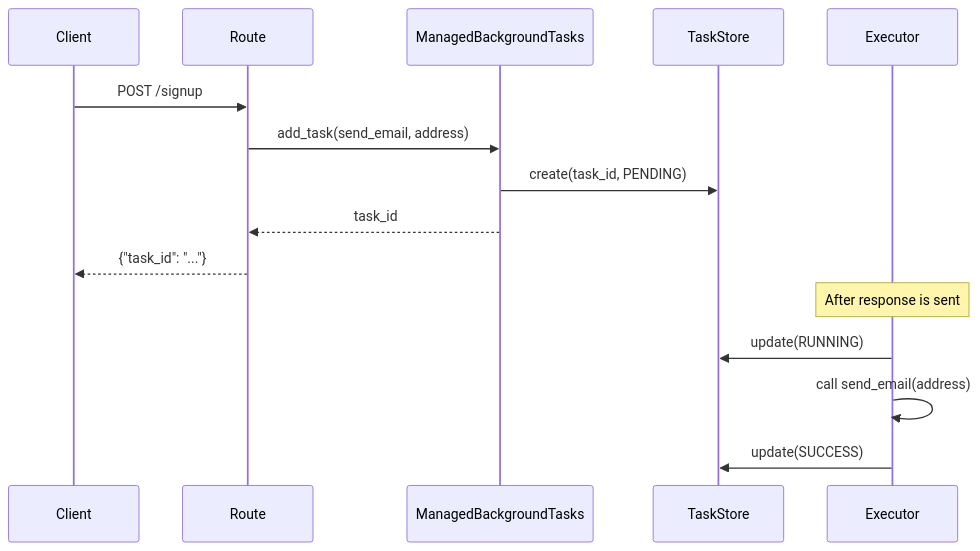
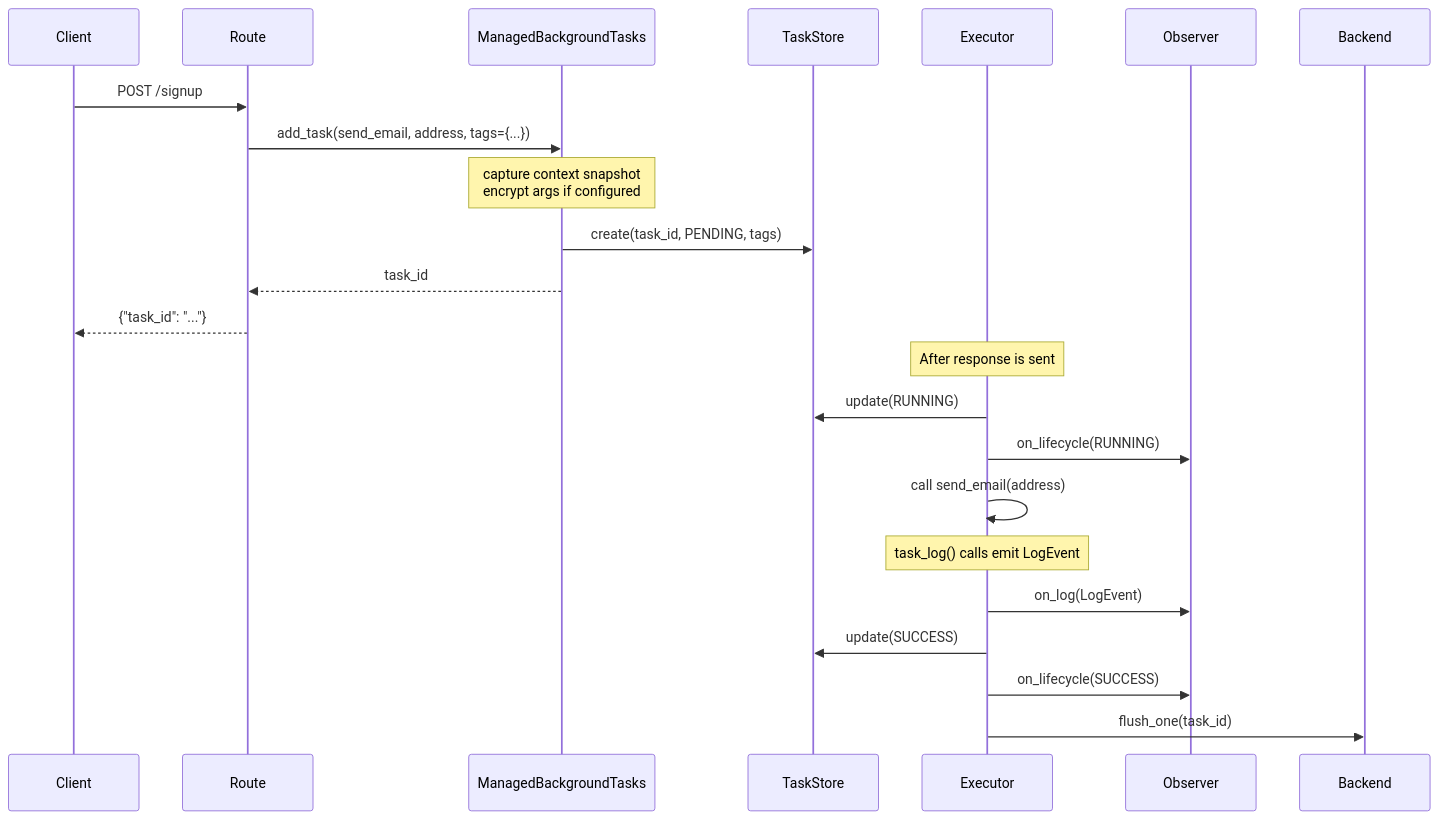
One commit to Attakay78/fastapi-taskflow changed the diagram in docs/getting-started/quickstart.md. Above: the diagram before and after it, drawn with Mermaid. The commit also changed 52 other files, not shown here.

First line of the commit message:
feat: release v0.5.0 - concurrency controls, pluggable observability, task context, tags, and argument encryption

````diff
--- a/docs/getting-started/quickstart.md
+++ b/docs/getting-started/quickstart.md
@@ -73,19 +73,27 @@
 ```mermaid
 sequenceDiagram
     participant Client
     participant Route
     participant ManagedBackgroundTasks
     participant TaskStore
     participant Executor
+    participant Observer
+    participant Backend
 
     Client->>Route: POST /signup
-    Route->>ManagedBackgroundTasks: add_task(send_email, address)
-    ManagedBackgroundTasks->>TaskStore: create(task_id, PENDING)
+    Route->>ManagedBackgroundTasks: add_task(send_email, address, tags={...})
+    Note over ManagedBackgroundTasks: capture context snapshot<br/>encrypt args if configured
+    ManagedBackgroundTasks->>TaskStore: create(task_id, PENDING, tags)
     ManagedBackgroundTasks-->>Route: task_id
     Route-->>Client: {"task_id": "..."}
 
     Note over Executor: After response is sent
     Executor->>TaskStore: update(RUNNING)
+    Executor->>Observer: on_lifecycle(RUNNING)
     Executor->>Executor: call send_email(address)
+    Note over Executor: task_log() calls emit LogEvent
+    Executor->>Observer: on_log(LogEvent)
     Executor->>TaskStore: update(SUCCESS)
+    Executor->>Observer: on_lifecycle(SUCCESS)
+    Executor->>Backend: flush_one(task_id)
 ```
````
